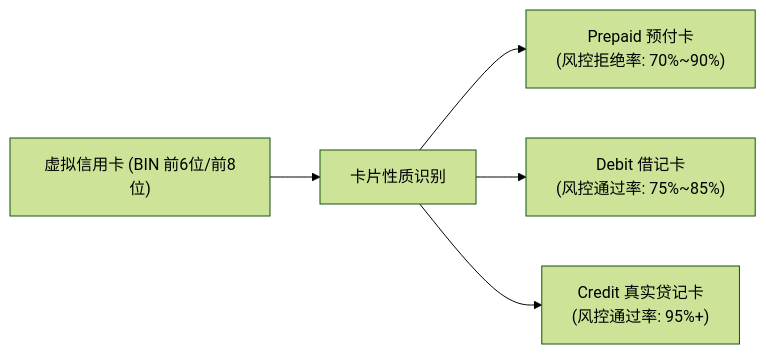
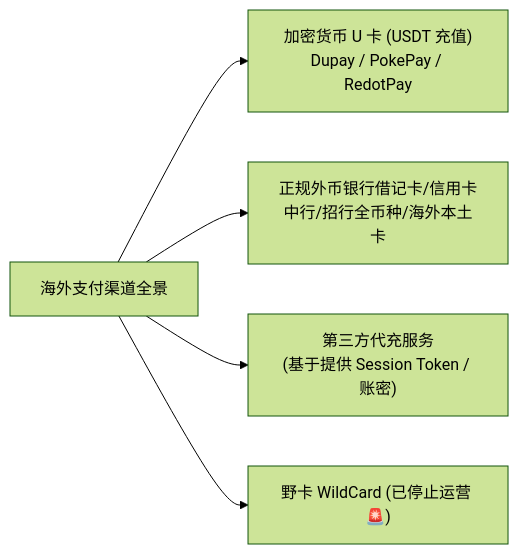
The diagram in docs/source/courses/ai_reverse_proxy_and_account_pool/stage2_official_purchase_and_avoid_pitfalls/03_overseas_virtual_cards_guide.md (ponyletter/py310sphinx_knowledge), drawn with Mermaid (forest theme) before and after one commit. The commit also changed other lines of this file and 12 other files, not shown here.

````diff
--- a/docs/source/courses/ai_reverse_proxy_and_account_pool/stage2_official_purchase_and_avoid_pitfalls/03_overseas_virtual_cards_guide.md
+++ b/docs/source/courses/ai_reverse_proxy_and_account_pool/stage2_official_purchase_and_avoid_pitfalls/03_overseas_virtual_cards_guide.md
@@ -9,8 +11,7 @@
 ```mermaid
 flowchart LR
-    VCC["虚拟信用卡 (BIN 前6位/前8位)"]
-    VCC --> Type["卡片性质识别"]
-    Type --> P["Prepaid 预付卡\n(风控拒绝率: 70%~90%)"]
-    Type --> D["Debit 借记卡\n(风控通过率: 75%~85%)"]
-    Type --> C["Credit 真实贷记卡\n(风控通过率: 95%+)"]
+    Card["海外支付渠道全景"] --> U["加密货币 U 卡 (USDT 充值)\nDupay / PokePay / RedotPay"]
+    Card --> Bank["正规外币银行借记卡/信用卡\n中行/招行全币种/海外本土卡"]
+    Card --> ThirdParty["第三方代充服务\n(基于提供 Session Token / 账密)"]
+    Card --> Dead["野卡 WildCard (已停止运营 🚨)"]
 ```
````
